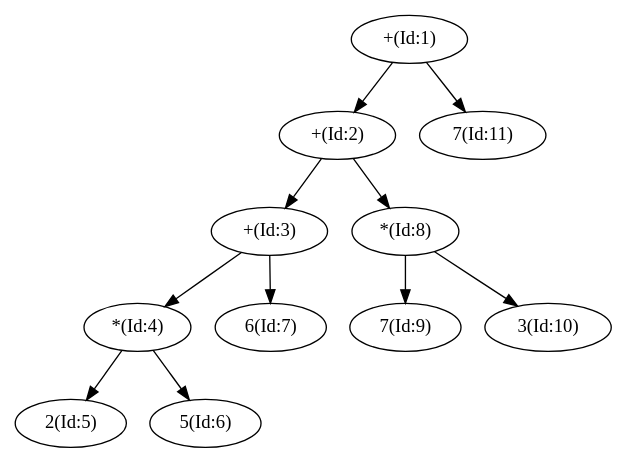
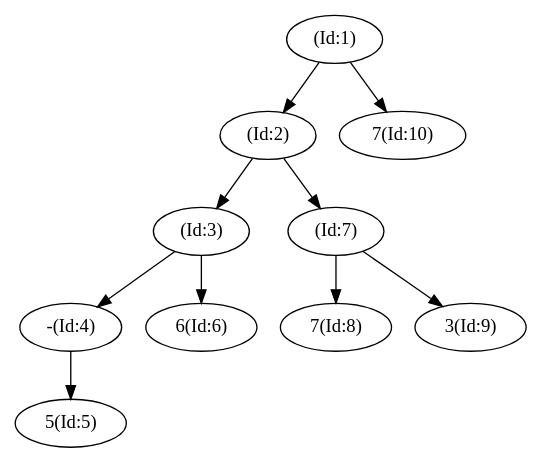
One commit to egoshin-igor/StateMachine changed the diagram in Compiler/SyntacticalAnalyzerGenerator/LangFiles/astTree.dot. Above: the diagram before and after it, drawn with Graphviz. The commit also changed 4 other files, not shown here.

```diff
--- a/Compiler/SyntacticalAnalyzerGenerator/LangFiles/astTree.dot
+++ b/Compiler/SyntacticalAnalyzerGenerator/LangFiles/astTree.dot
@@ -1,1 +1,1 @@
-digraph G{"+(Id:1)"->"+(Id:2)";"+(Id:1)"->"7(Id:11)";"+(Id:2)"->"+(Id:3)";"+(Id:2)"->"*(Id:8)";"+(Id:3)"->"*(Id:4)";"+(Id:3)"->"6(Id:7)";"*(Id:4)"->"2(Id:5)";"*(Id:4)"->"5(Id:6)";"*(Id:8)"->"7(Id:9)";"*(Id:8)"->"3(Id:10)";}
+digraph G{"(Id:1)"->"(Id:2)";"(Id:1)"->"7(Id:10)";"(Id:2)"->"(Id:3)";"(Id:2)"->"(Id:7)";"(Id:3)"->"-(Id:4)";"(Id:3)"->"6(Id:6)";"-(Id:4)"->"5(Id:5)";"(Id:7)"->"7(Id:8)";"(Id:7)"->"3(Id:9)";}
```
